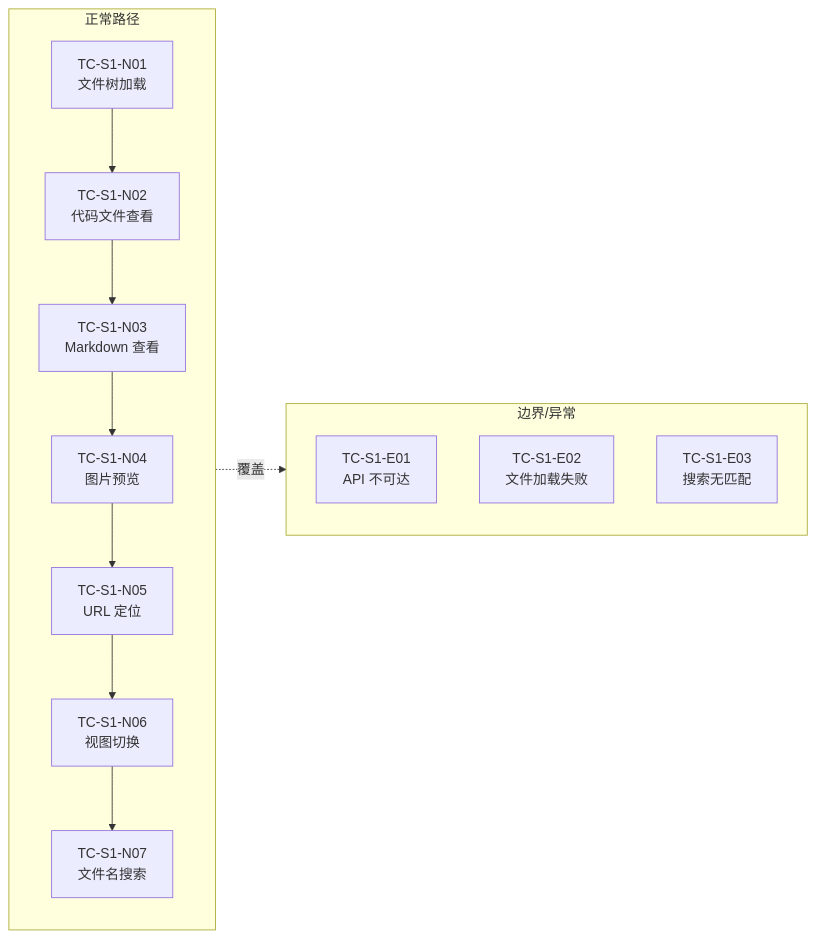
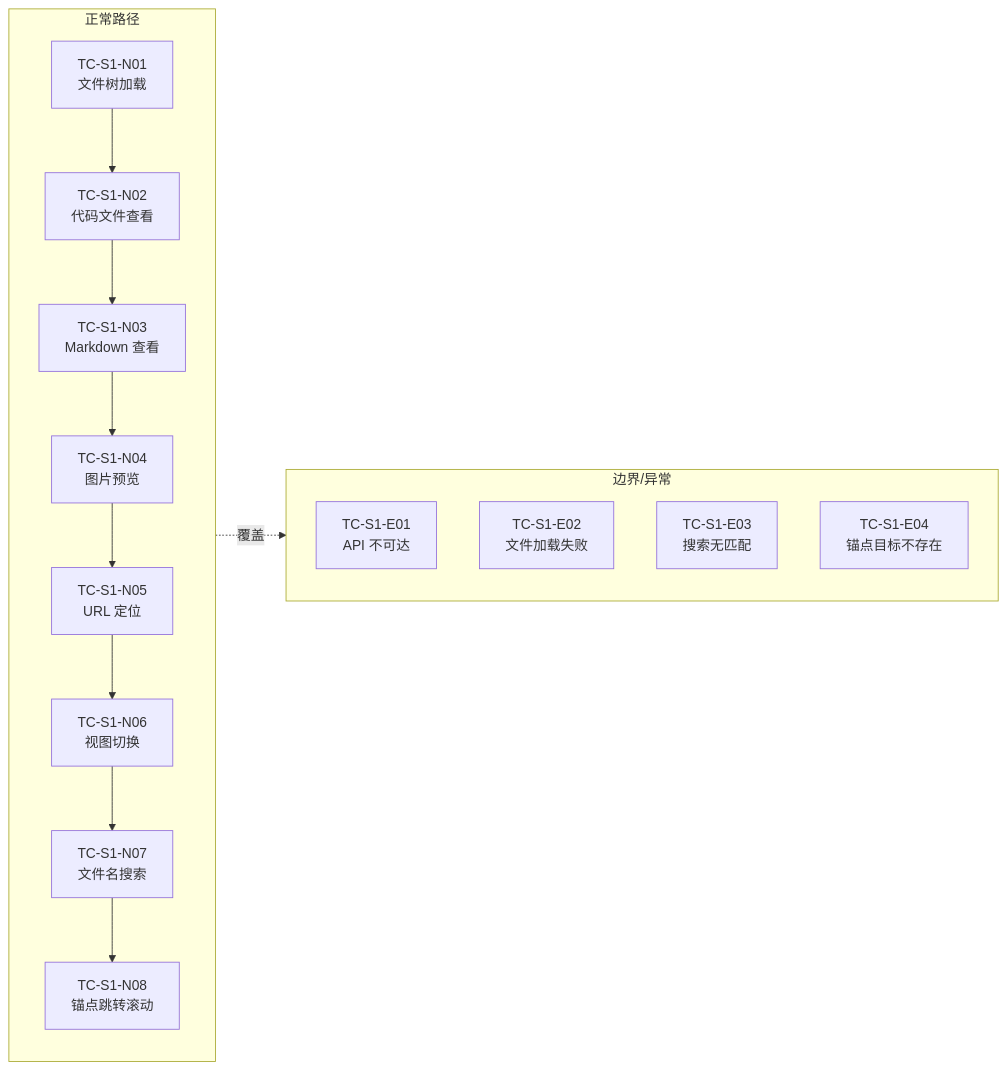
The second of 8 diagrams in docs/故事任务面板/aicr/测试设计.md (effiy/YiWeb), drawn with Mermaid before and after one commit. The commit also changed other lines of this file and 5 other files, not shown here.

````diff
--- a/docs/故事任务面板/aicr/测试设计.md
+++ b/docs/故事任务面板/aicr/测试设计.md
@@ -79,19 +79,21 @@
 ```mermaid
 flowchart LR
     subgraph NORMAL["正常路径"]
         direction TB
         N01["TC-S1-N01<br/>文件树加载"] --> N02["TC-S1-N02<br/>代码文件查看"]
         N02 --> N03["TC-S1-N03<br/>Markdown 查看"]
         N03 --> N04["TC-S1-N04<br/>图片预览"]
         N04 --> N05["TC-S1-N05<br/>URL 定位"]
         N05 --> N06["TC-S1-N06<br/>视图切换"]
         N06 --> N07["TC-S1-N07<br/>文件名搜索"]
+        N07 --> N08["TC-S1-N08<br/>锚点跳转滚动"]
     end
     subgraph EDGE["边界/异常"]
         direction TB
         E01["TC-S1-E01<br/>API 不可达"]
         E02["TC-S1-E02<br/>文件加载失败"]
         E03["TC-S1-E03<br/>搜索无匹配"]
+        E04["TC-S1-E04<br/>锚点目标不存在"]
     end
     NORMAL -.->|"覆盖"| EDGE
 ```
````
